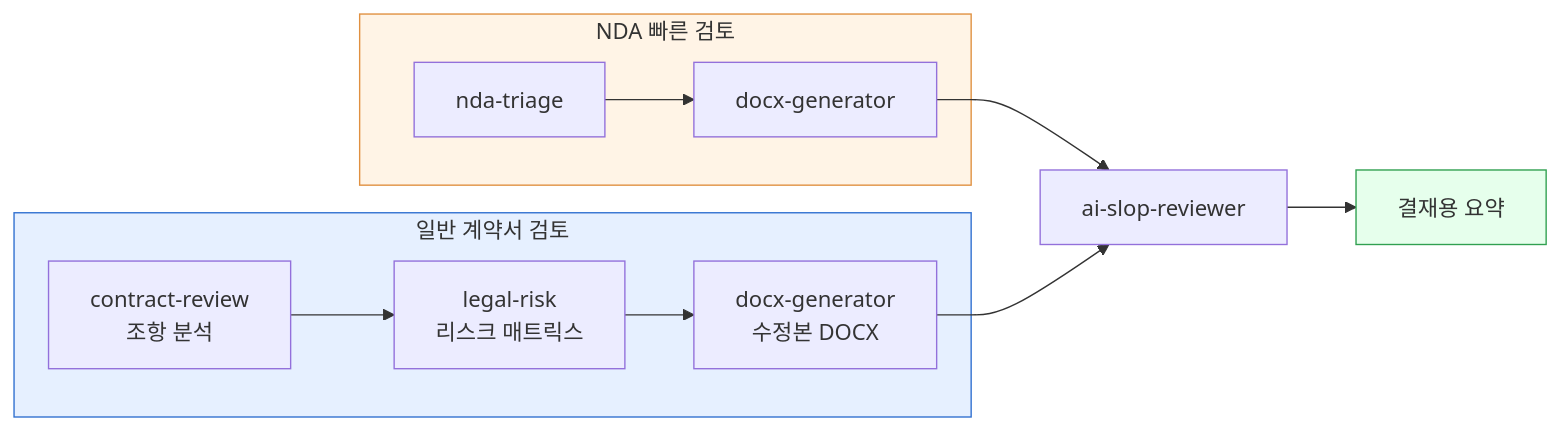
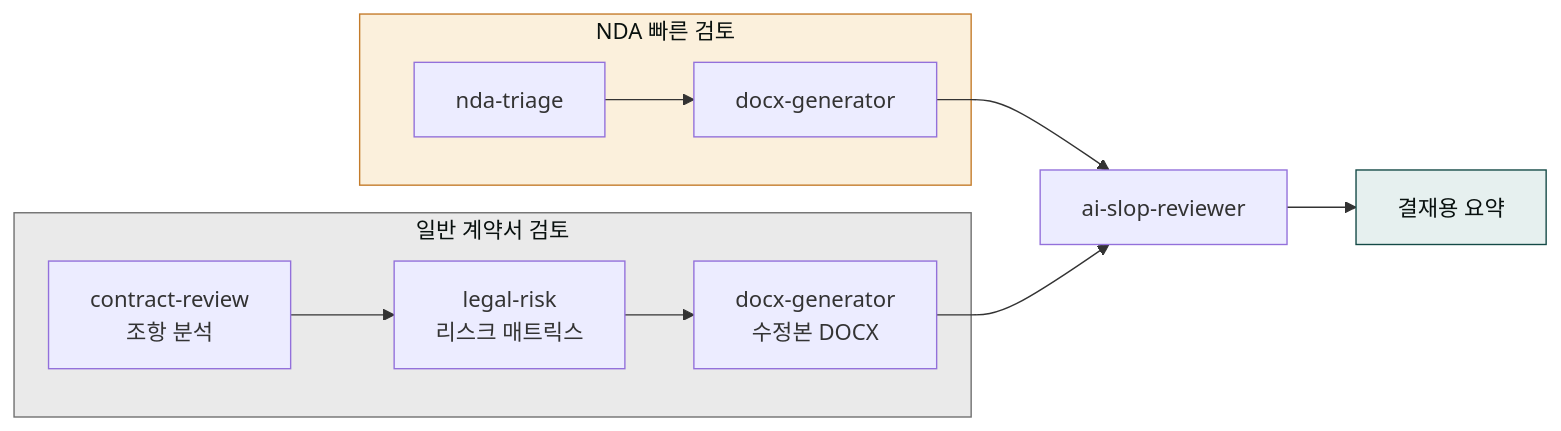
Before and after one commit to modu-ai/claude: the diagram in content/cookbook/contract-review.md, drawn with Mermaid. The commit also changed 97 other files, not shown here.

First line of the commit message:
style(docs-site): mermaid 색상 브랜드 정합 + 라이트 테마 단일화

````diff
--- a/content/cookbook/contract-review.md
+++ b/content/cookbook/contract-review.md
@@ -10,17 +10,17 @@
 ```mermaid
 flowchart LR
     subgraph Fast["NDA 빠른 검토"]
         N["nda-triage"] --> D1["docx-generator"]
     end
     subgraph Full["일반 계약서 검토"]
         A["contract-review<br/>조항 분석"] --> B["legal-risk<br/>리스크 매트릭스"]
         B --> C["docx-generator<br/>수정본 DOCX"]
     end
     D1 --> R["ai-slop-reviewer"]
     C --> R
     R --> S["결재용 요약"]
 
-    style Fast fill:#fff4e6,stroke:#e09040
-    style Full fill:#e6f0ff,stroke:#3070d0
-    style S fill:#e6ffec,stroke:#30a050
+    style Fast fill:#fbf0dc,stroke:#c47b2a,color:#09110f
+    style Full fill:#eaeaea,stroke:#6e6e6e,color:#09110f
+    style S fill:#e6f0ef,stroke:#144a46,color:#09110f
 ```
````
